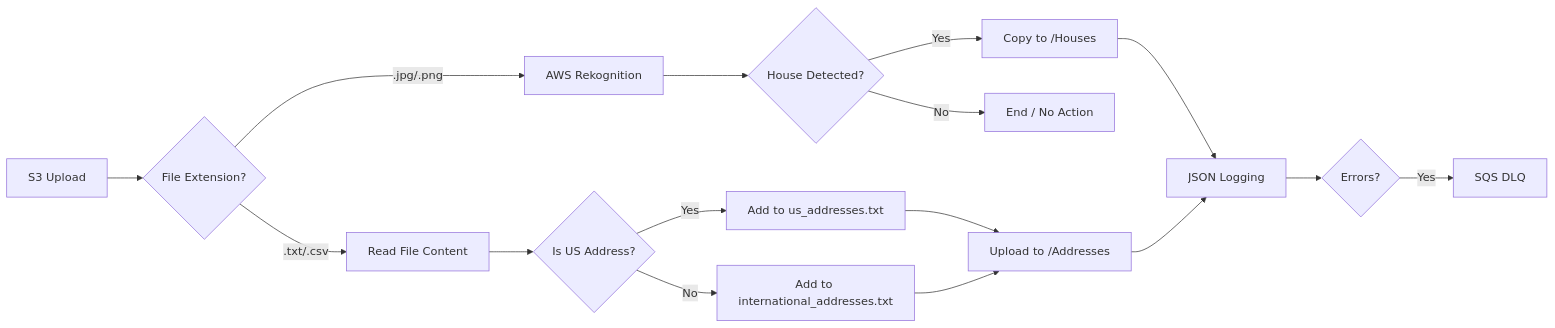
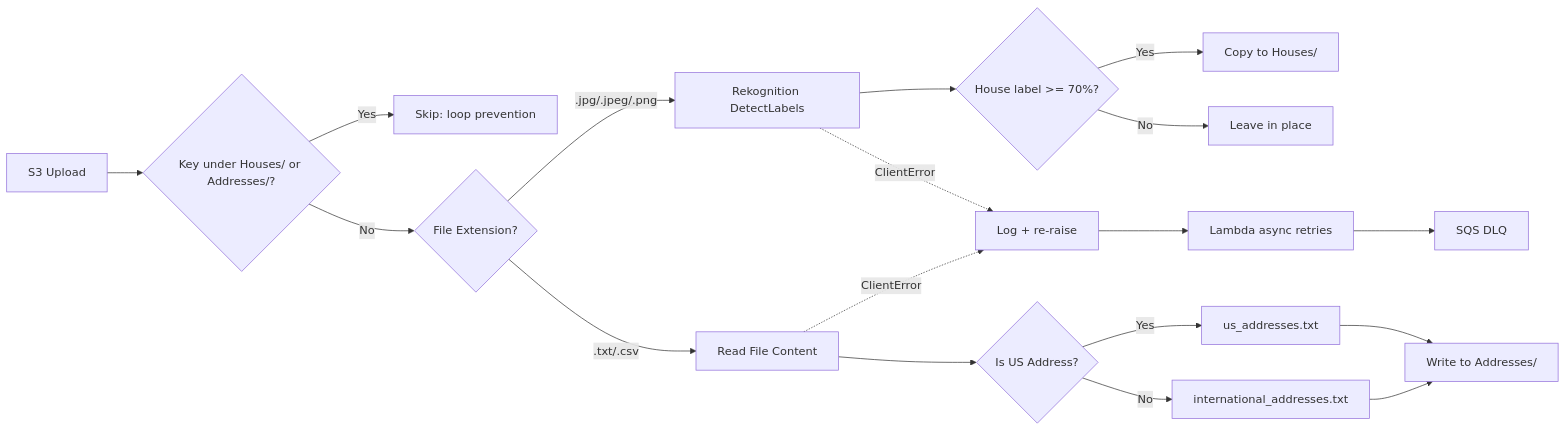
Before and after one commit to sakisaki-dev/AWS-Serverless-ImageClassifier: the first of 2 diagrams in README.md, drawn with Mermaid. The commit also changed other lines of this file, not shown here.

````diff
--- a/README.md
+++ b/README.md
@@ -24,24 +24,26 @@
 ```mermaid
 graph LR
-    A[S3 Upload] --> B{File Extension?}
-    
+    A[S3 Upload] --> P{Key under Houses/ or Addresses/?}
+    P -- Yes --> Z[Skip: loop prevention]
+    P -- No --> B{File Extension?}
+
     %% Image Path
-    B -- .jpg/.png --> C[AWS Rekognition]
-    C --> D{House Detected?}
-    D -- Yes --> E[Copy to /Houses]
-    D -- No --> F[End / No Action]
-    
+    B -- .jpg/.jpeg/.png --> C[Rekognition DetectLabels]
+    C --> D{House label >= 70%?}
+    D -- Yes --> E[Copy to Houses/]
+    D -- No --> F[Leave in place]
+
     %% Address Path
     B -- .txt/.csv --> G[Read File Content]
     G --> H{Is US Address?}
-    H -- Yes --> I[Add to us_addresses.txt]
-    H -- No --> J[Add to international_addresses.txt]
-    I --> K[Upload to /Addresses]
+    H -- Yes --> I[us_addresses.txt]
+    H -- No --> J[international_addresses.txt]
+    I --> K[Write to Addresses/]
     J --> K
-    
-    %% SRE Guardrail
-    E --> L[JSON Logging]
-    K --> L
-    L --> M{Errors?}
-    M -- Yes --> N[SQS DLQ]
+
+    %% Failure path
+    C -. ClientError .-> R[Log + re-raise]
+    G -. ClientError .-> R
+    R --> S[Lambda async retries]
+    S --> N[SQS DLQ]
 ```
````
